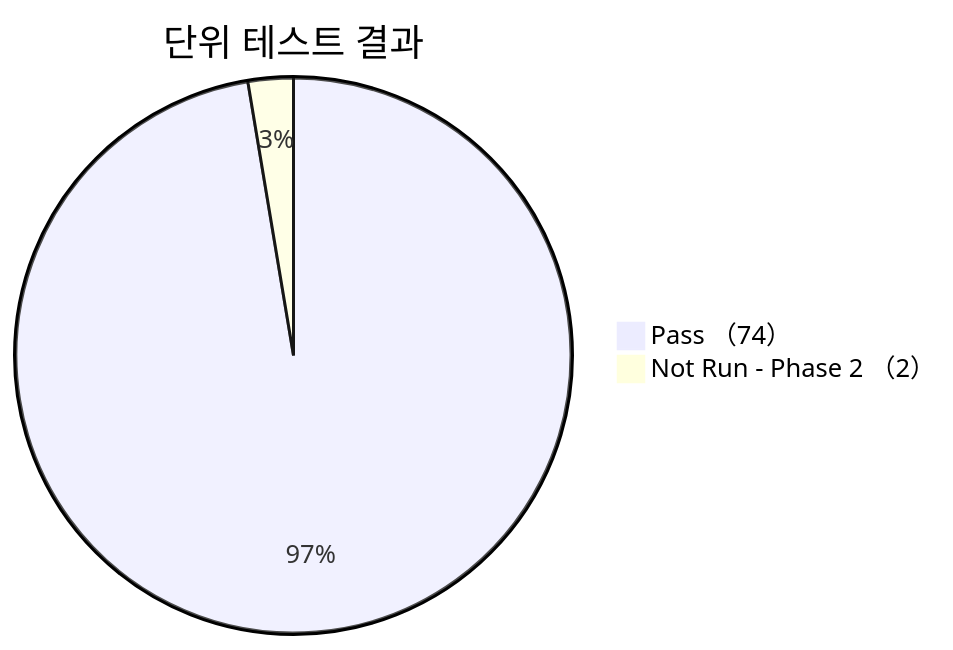
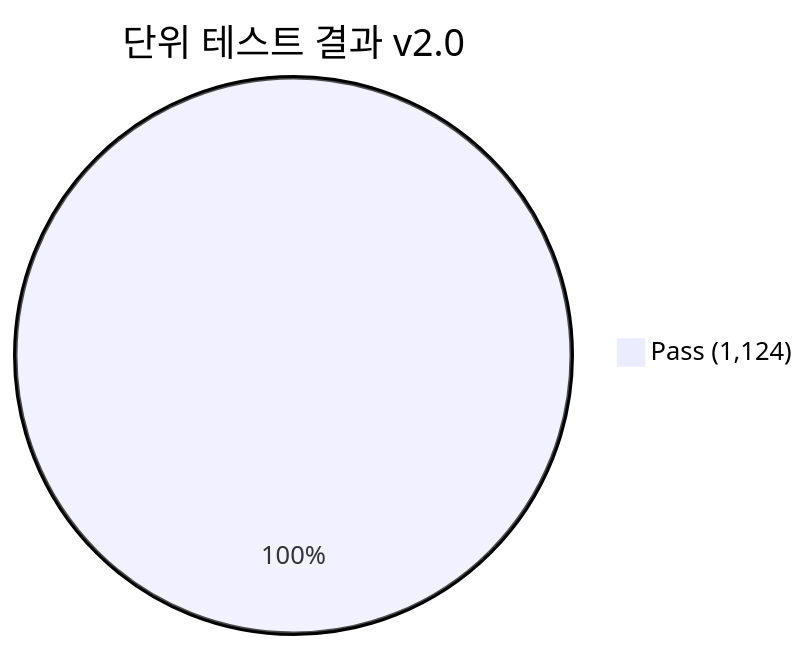
One commit to holee9/console-gui changed the diagram in docs/testing/DOC-022_UTReport_v1.0.md. Above: the diagram before and after it, drawn with Mermaid. The commit also changed other lines of this file and 294 other files, not shown here.

First line of the commit message:
feat: Phase 4 완료 — JWT Denylist, RDSR, 테스트 812→1124개, 전 모듈 커버리지 ≥85%

````diff
--- a/docs/testing/DOC-022_UTReport_v1.0.md
+++ b/docs/testing/DOC-022_UTReport_v1.0.md
@@ -61,5 +60,4 @@
 ```mermaid
-pie title 단위 테스트 결과
-    "Pass （74）" : 74
-    "Not Run - Phase 2 （2）" : 2
+pie title 단위 테스트 결과 v2.0
+    "Pass (1,124)" : 1124
 ```
````
